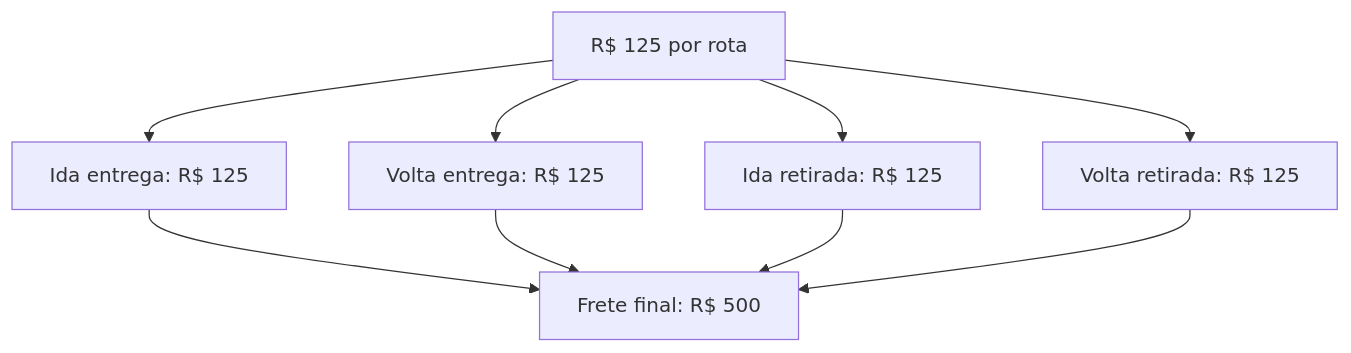
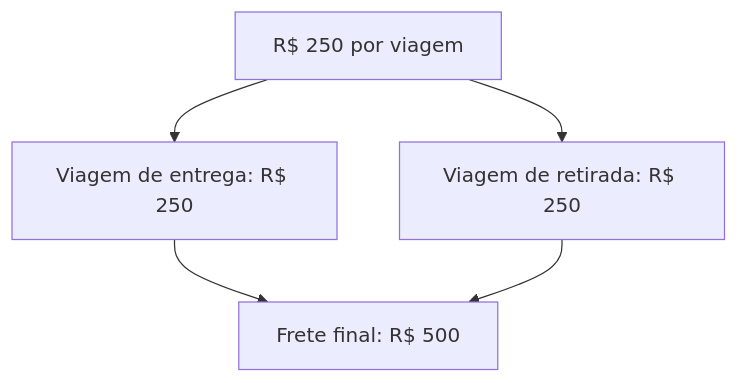
One commit to LocFlowTeam/locflow-docs changed the second of 2 diagrams in configuracoes/motor-de-frete.md. Above: the diagram before and after it, drawn with Mermaid. The commit also changed other lines of this file and 25 other files, not shown here.

````diff
--- a/configuracoes/motor-de-frete.md
+++ b/configuracoes/motor-de-frete.md
@@ -72,8 +70,6 @@
 ```mermaid
 flowchart TB
-    V["R$ 125 por rota"] --> R1["Ida entrega: R$ 125"]
-    V --> R2["Volta entrega: R$ 125"]
-    V --> R3["Ida retirada: R$ 125"]
-    V --> R4["Volta retirada: R$ 125"]
-    R1 & R2 & R3 & R4 --> T["Frete final: R$ 500"]
+    V["R$ 250 por viagem"] --> R1["Viagem de entrega: R$ 250"]
+    V --> R2["Viagem de retirada: R$ 250"]
+    R1 & R2 --> T["Frete final: R$ 500"]
 ```
````
